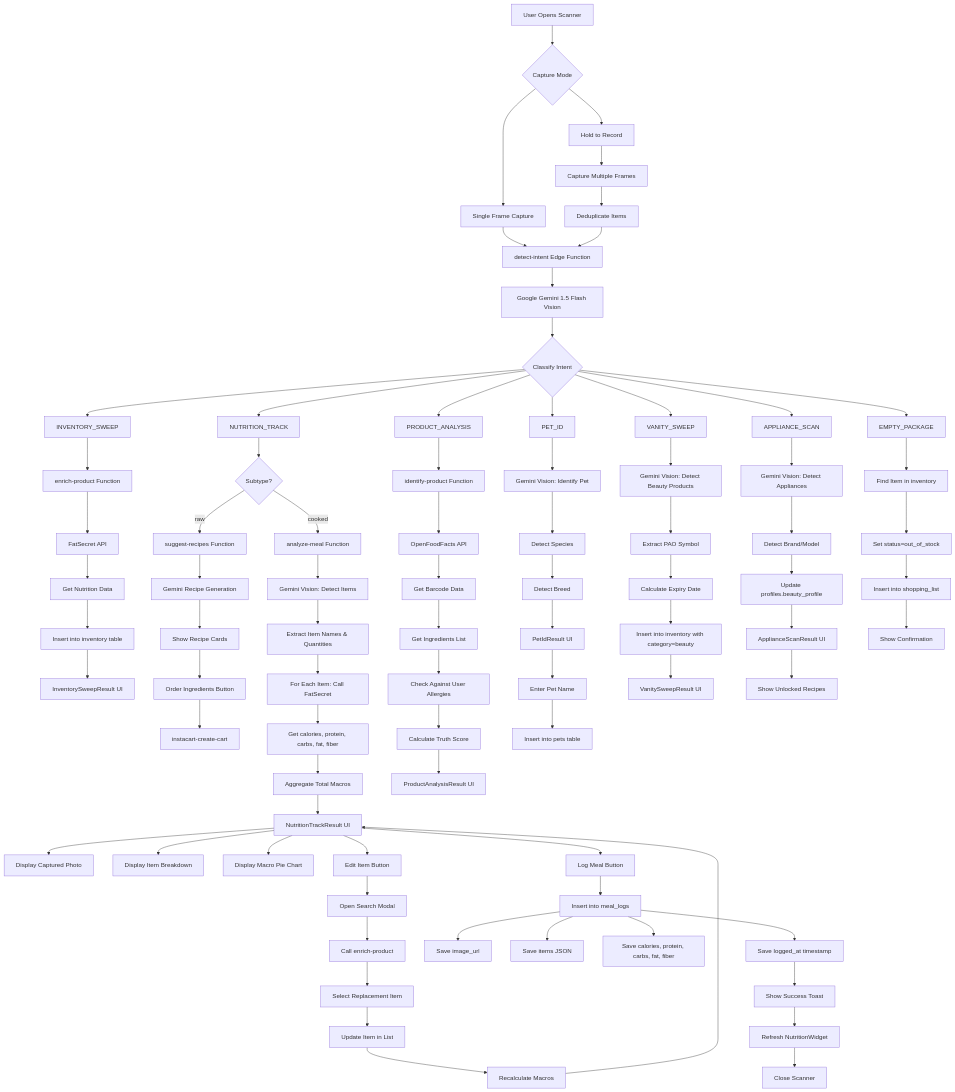
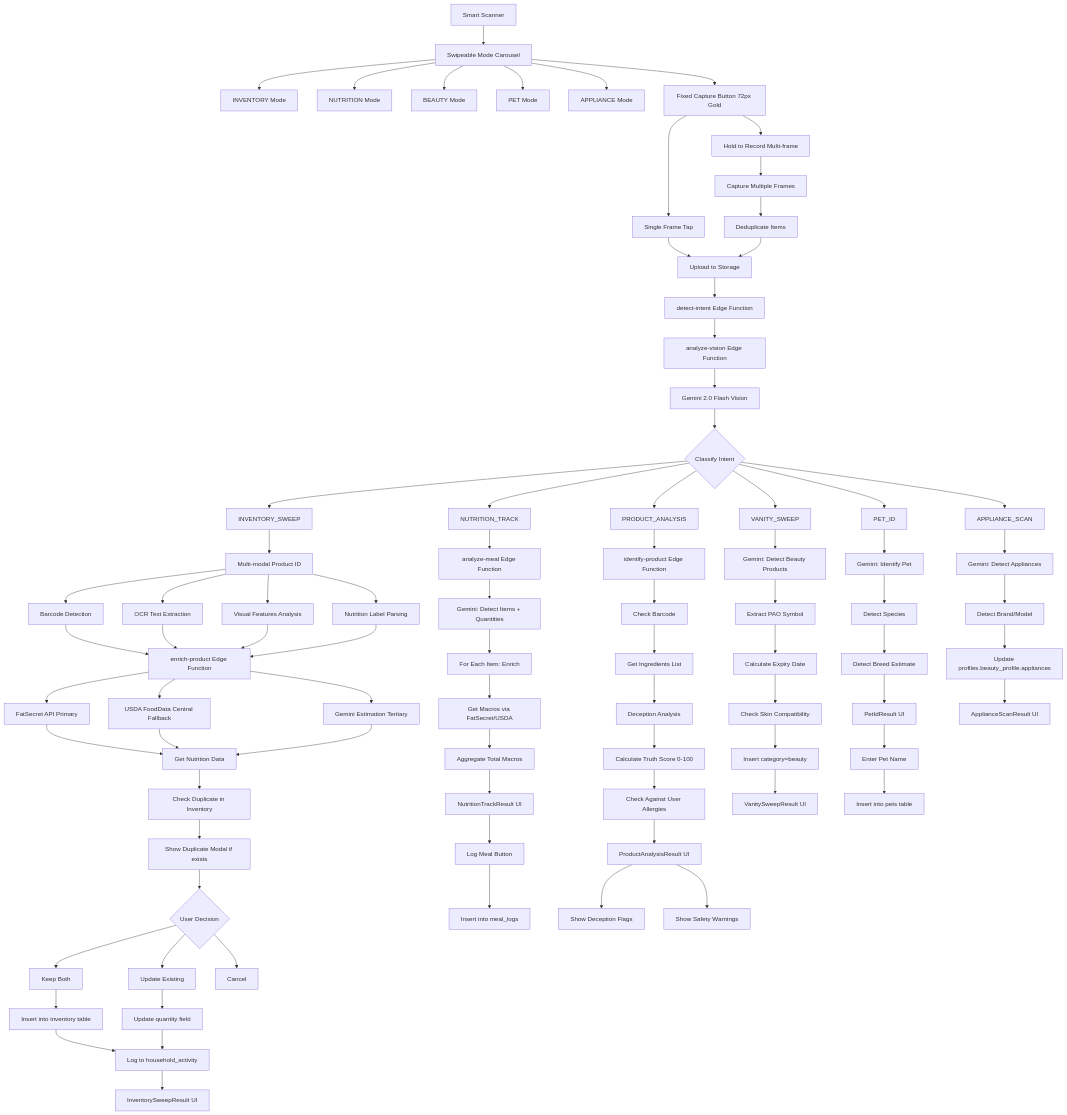
Before and after one commit to Viraj-FG/Techcentral: the sixth of 14 diagrams in KAEVA_MASTER_BLUEPRINT.md, drawn with Mermaid. The commit also changed other lines of this file, not shown here.

````diff
--- a/KAEVA_MASTER_BLUEPRINT.md
+++ b/KAEVA_MASTER_BLUEPRINT.md
@@ -112,99 +357,100 @@
 ```mermaid
 graph TD
-    ScanStart[User Opens Scanner] --> CaptureMode{Capture Mode}
+    ScannerEntry[Smart Scanner] --> ModeCarousel[Swipeable Mode Carousel]
     
-    CaptureMode --> SingleCapture[Single Frame Capture]
-    CaptureMode --> HoldRecord[Hold to Record]
+    ModeCarousel --> InventoryMode[INVENTORY Mode]
+    ModeCarousel --> NutritionMode[NUTRITION Mode]
+    ModeCarousel --> BeautyMode[BEAUTY Mode]
+    ModeCarousel --> PetMode[PET Mode]
+    ModeCarousel --> ApplianceMode[APPLIANCE Mode]
     
-    SingleCapture --> DetectIntent[detect-intent Edge Function]
+    ModeCarousel --> CaptureButton[Fixed Capture Button 72px Gold]
+    CaptureButton --> SingleCapture[Single Frame Tap]
+    CaptureButton --> HoldRecord[Hold to Record Multi-frame]
+    
+    SingleCapture --> UploadImage[Upload to Storage]
     HoldRecord --> RecordFrames[Capture Multiple Frames]
     RecordFrames --> Deduplicate[Deduplicate Items]
-    Deduplicate --> DetectIntent
+    Deduplicate --> UploadImage
     
-    DetectIntent --> GeminiVision[Google Gemini 1.5 Flash Vision]
+    UploadImage --> DetectIntent[detect-intent Edge Function]
+    DetectIntent --> AnalyzeVision[analyze-vision Edge Function]
+    AnalyzeVision --> GeminiVision[Gemini 2.0 Flash Vision]
     GeminiVision --> ClassifyIntent{Classify Intent}
     
     ClassifyIntent --> InventorySweep[INVENTORY_SWEEP]
     ClassifyIntent --> NutritionTrack[NUTRITION_TRACK]
     ClassifyIntent --> ProductAnalysis[PRODUCT_ANALYSIS]
-    ClassifyIntent --> PetId[PET_ID]
     ClassifyIntent --> VanitySweep[VANITY_SWEEP]
+    ClassifyIntent --> PetIdent[PET_ID]
     ClassifyIntent --> ApplianceScan[APPLIANCE_SCAN]
-    ClassifyIntent --> EmptyPackage[EMPTY_PACKAGE]
     
-    InventorySweep --> EnrichProduct[enrich-product Function]
-    EnrichProduct --> FatSecretAPI[FatSecret API]
+    InventorySweep --> MultiModal[Multi-modal Product ID]
+    MultiModal --> BarcodeDetection[Barcode Detection]
+    MultiModal --> OCRExtraction[OCR Text Extraction]
+    MultiModal --> VisualFeatures[Visual Features Analysis]
+    MultiModal --> NutritionLabel[Nutrition Label Parsing]
+    
+    BarcodeDetection --> EnrichProduct[enrich-product Edge Function]
+    OCRExtraction --> EnrichProduct
+    VisualFeatures --> EnrichProduct
+    NutritionLabel --> EnrichProduct
+    
+    EnrichProduct --> FatSecretAPI[FatSecret API Primary]
+    EnrichProduct --> USDAAPI[USDA FoodData Central Fallback]
+    EnrichProduct --> GeminiEstimate[Gemini Estimation Tertiary]
+    
     FatSecretAPI --> GetNutrition[Get Nutrition Data]
-    GetNutrition --> InsertInventory[Insert into inventory table]
-    InsertInventory --> ShowInventoryResult[InventorySweepResult UI]
+    USDAAPI --> GetNutrition
+    GeminiEstimate --> GetNutrition
+    GetNutrition --> DuplicateCheck[Check Duplicate in Inventory]
+    DuplicateCheck --> DuplicateModal[Show Duplicate Modal if exists]
+    DuplicateModal --> UserDecision{User Decision}
+    UserDecision --> KeepBoth[Keep Both]
+    UserDecision --> UpdateExisting[Update Existing]
+    UserDecision --> Cancel[Cancel]
     
-    NutritionTrack --> CheckSubtype{Subtype?}
-    CheckSubtype -->|raw| SuggestRecipes[suggest-recipes Function]
-    CheckSubtype -->|cooked| AnalyzeMeal[analyze-meal Function]
+    KeepBoth --> InsertInventory[Insert into inventory table]
+    UpdateExisting --> UpdateQuantity[Update quantity field]
+    InsertInventory --> LogActivity[Log to household_activity]
+    UpdateQuantity --> LogActivity
+    LogActivity --> ShowResult[InventorySweepResult UI]
     
-    SuggestRecipes --> GeminiRecipe[Gemini Recipe Generation]
-    GeminiRecipe --> ShowRecipes[Show Recipe Cards]
-    ShowRecipes --> OrderIngredients[Order Ingredients Button]
-    OrderIngredients --> CreateCart[instacart-create-cart]
+    NutritionTrack --> AnalyzeMeal[analyze-meal Edge Function]
+    AnalyzeMeal --> DetectItems[Gemini: Detect Items + Quantities]
+    DetectItems --> ForEach[For Each Item: Enrich]
+    ForEach --> GetMacros[Get Macros via FatSecret/USDA]
+    GetMacros --> AggregateTotals[Aggregate Total Macros]
+    AggregateTotals --> NutritionResult[NutritionTrackResult UI]
+    NutritionResult --> LogMealButton[Log Meal Button]
+    LogMealButton --> InsertMealLog[Insert into meal_logs]
     
-    AnalyzeMeal --> GeminiMealVision[Gemini Vision: Detect Items]
-    GeminiMealVision --> ExtractItems[Extract Item Names & Quantities]
-    ExtractItems --> EnrichEachItem[For Each Item: Call FatSecret]
-    EnrichEachItem --> GetItemNutrition[Get calories, protein, carbs, fat, fiber]
-    GetItemNutrition --> AggregateTotals[Aggregate Total Macros]
-    AggregateTotals --> ShowNutritionResult[NutritionTrackResult UI]
+    ProductAnalysis --> IdentifyProduct[identify-product Edge Function]
+    IdentifyProduct --> CheckBarcode[Check Barcode]
+    CheckBarcode --> GetIngredients[Get Ingredients List]
+    GetIngredients --> DeceptionAnalysis[Deception Analysis]
+    DeceptionAnalysis --> CalcTruthScore[Calculate Truth Score 0-100]
+    CalcTruthScore --> CheckAllergens[Check Against User Allergies]
+    CheckAllergens --> ProductResult[ProductAnalysisResult UI]
+    ProductResult --> ShowDeceptionFlags[Show Deception Flags]
+    ProductResult --> ShowSafetyWarnings[Show Safety Warnings]
     
-    ShowNutritionResult --> DisplayPhoto[Display Captured Photo]
-    ShowNutritionResult --> DisplayItems[Display Item Breakdown]
-    ShowNutritionResult --> DisplayChart[Display Macro Pie Chart]
-    ShowNutritionResult --> EditButton[Edit Item Button]
-    ShowNutritionResult --> LogButton[Log Meal Button]
+    VanitySweep --> BeautyVision[Gemini: Detect Beauty Products]
+    BeautyVision --> ExtractPAO[Extract PAO Symbol]
+    ExtractPAO --> CalcExpiry[Calculate Expiry Date]
+    CalcExpiry --> SkinCompatibility[Check Skin Compatibility]
+    SkinCompatibility --> InsertBeauty[Insert category=beauty]
+    InsertBeauty --> BeautyResult[VanitySweepResult UI]
     
-    EditButton --> SearchModal[Open Search Modal]
-    SearchModal --> SearchFatSecret[Call enrich-product]
-    SearchFatSecret --> SelectReplacement[Select Replacement Item]
-    SelectReplacement --> UpdateItem[Update Item in List]
-    UpdateItem --> RecalcMacros[Recalculate Macros]
-    RecalcMacros --> ShowNutritionResult
+    PetIdent --> PetVision[Gemini: Identify Pet]
+    PetVision --> DetectSpecies[Detect Species]
+    DetectSpecies --> DetectBreed[Detect Breed Estimate]
+    DetectBreed --> PetResult[PetIdResult UI]
+    PetResult --> EnterPetName[Enter Pet Name]
+    EnterPetName --> InsertPet[Insert into pets table]
     
-    LogButton --> InsertMealLog[Insert into meal_logs]
-    InsertMealLog --> SaveImage[Save image_url]
-    InsertMealLog --> SaveItems[Save items JSON]
-    InsertMealLog --> SaveMacros[Save calories, protein, carbs, fat, fiber]
-    InsertMealLog --> SaveTimestamp[Save logged_at timestamp]
-    SaveTimestamp --> ShowToast[Show Success Toast]
-    ShowToast --> RefreshWidget[Refresh NutritionWidget]
-    RefreshWidget --> CloseScan[Close Scanner]
-    
-    ProductAnalysis --> IdentifyProduct[identify-product Function]
-    IdentifyProduct --> OpenFoodFacts[OpenFoodFacts API]
-    OpenFoodFacts --> GetBarcode[Get Barcode Data]
-    GetBarcode --> GetIngredients[Get Ingredients List]
-    GetIngredients --> CheckAllergens[Check Against User Allergies]
-    CheckAllergens --> CalcTruthScore[Calculate Truth Score]
-    CalcTruthScore --> ShowProductResult[ProductAnalysisResult UI]
-    
-    PetId --> GeminiPetVision[Gemini Vision: Identify Pet]
-    GeminiPetVision --> DetectSpecies[Detect Species]
-    DetectSpecies --> DetectBreed[Detect Breed]
-    DetectBreed --> ShowPetResult[PetIdResult UI]
-    ShowPetResult --> EnterName[Enter Pet Name]
-    EnterName --> InsertPet[Insert into pets table]
-    
-    VanitySweep --> GeminiBeautyVision[Gemini Vision: Detect Beauty Products]
-    GeminiBeautyVision --> ExtractPAO[Extract PAO Symbol]
-    ExtractPAO --> CalcExpiry[Calculate Expiry Date]
-    CalcExpiry --> InsertBeauty[Insert into inventory with category=beauty]
-    InsertBeauty --> ShowVanityResult[VanitySweepResult UI]
-    
-    ApplianceScan --> GeminiApplianceVision[Gemini Vision: Detect Appliances]
-    GeminiApplianceVision --> DetectBrand[Detect Brand/Model]
-    DetectBrand --> UpdateProfileAppliances[Update profiles.beauty_profile]
-    UpdateProfileAppliances --> ShowApplianceResult[ApplianceScanResult UI]
-    ShowApplianceResult --> UnlockRecipes[Show Unlocked Recipes]
-    
-    EmptyPackage --> FindInventory[Find Item in inventory]
-    FindInventory --> MarkOut[Set status=out_of_stock]
-    MarkOut --> AddToShoppingList[Insert into shopping_list]
-    AddToShoppingList --> ShowEmptyResult[Show Confirmation]
+    ApplianceScan --> ApplianceVision[Gemini: Detect Appliances]
+    ApplianceVision --> DetectBrand[Detect Brand/Model]
+    DetectBrand --> UpdateAppliances[Update profiles.beauty_profile.appliances]
+    UpdateAppliances --> ApplianceResult[ApplianceScanResult UI]
 ```
````
